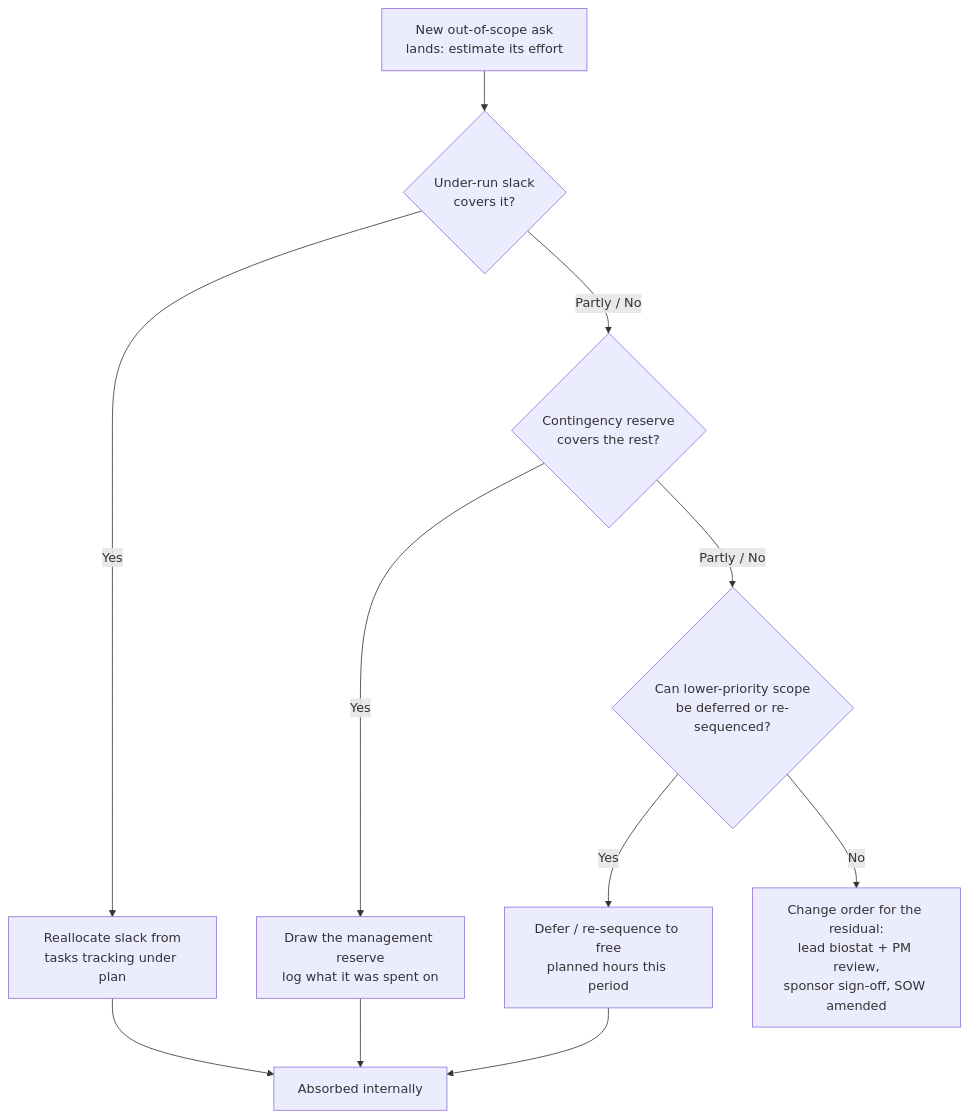
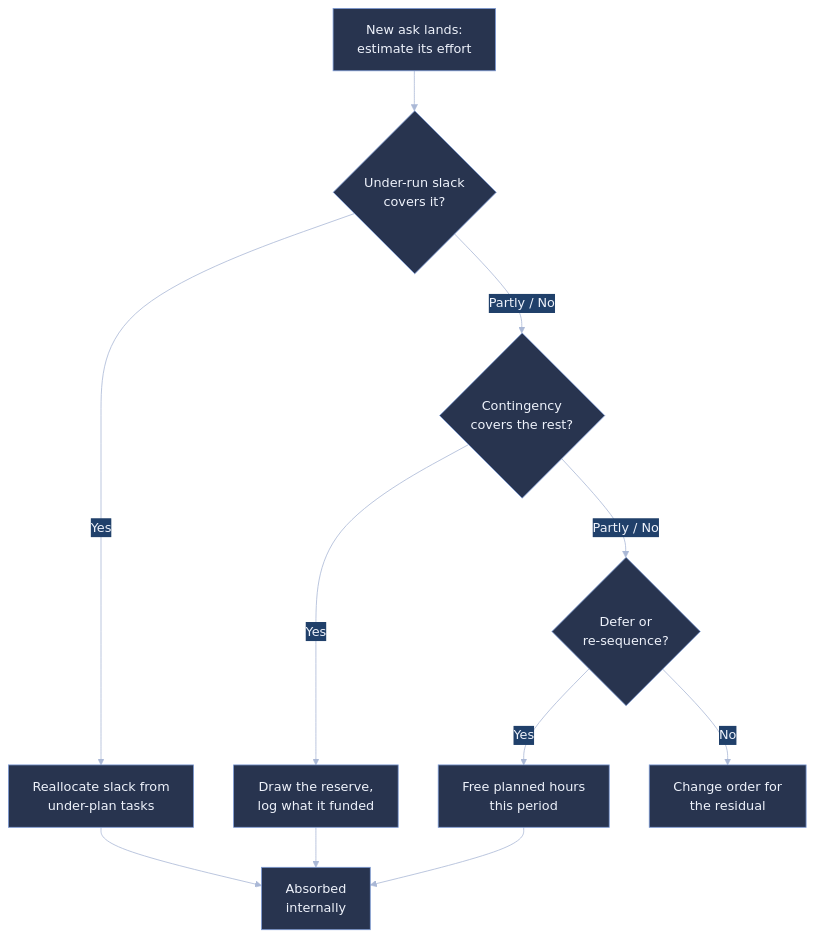
The first of 2 diagrams in budget_reconciliation/quarto/hours-guide.qmd (patrickiben/biometrics-ai-portfolio), drawn with Mermaid before and after one commit. The commit also changed other lines of this file and 45 other files, not shown here.

````diff
--- a/budget_reconciliation/quarto/hours-guide.qmd
+++ b/budget_reconciliation/quarto/hours-guide.qmd
@@ -47,13 +55,14 @@
 ```{mermaid}
+%%{init: {'theme':'base','themeVariables':{'primaryColor':'#28344f','primaryTextColor':'#eef2fb','primaryBorderColor':'#7d9bd6','lineColor':'#aab8d6','clusterBkg':'#161d33','clusterBorder':'#3a476a','tertiaryColor':'#20406a','tertiaryTextColor':'#eef2fb','tertiaryBorderColor':'#7d9bd6','secondaryColor':'#20406a','secondaryTextColor':'#eef2fb'}}}%%
 flowchart TD
-  ASK[New out-of-scope ask<br/>lands: estimate its effort] --> SLACK{Under-run slack<br/>covers it?}
-  SLACK -->|Yes| REALLOC[Reallocate slack from<br/>tasks tracking under plan]
-  SLACK -->|Partly / No| CONT{Contingency reserve<br/>covers the rest?}
-  CONT -->|Yes| DRAW[Draw the management reserve<br/>log what it was spent on]
-  CONT -->|Partly / No| DEFER{Can lower-priority scope<br/>be deferred or re-sequenced?}
-  DEFER -->|Yes| RESEQ[Defer / re-sequence to free<br/>planned hours this period]
-  DEFER -->|No| CO[Change order for the residual:<br/>lead biostat + PM review,<br/>sponsor sign-off, SOW amended]
-  REALLOC --> ABS[Absorbed internally]
+  ASK["New ask lands:<br/>estimate its effort"] --> SLACK{"Under-run slack<br/>covers it?"}
+  SLACK -->|Yes| REALLOC["Reallocate slack from<br/>under-plan tasks"]
+  SLACK -->|Partly / No| CONT{"Contingency<br/>covers the rest?"}
+  CONT -->|Yes| DRAW["Draw the reserve,<br/>log what it funded"]
+  CONT -->|Partly / No| DEFER{"Defer or<br/>re-sequence?"}
+  DEFER -->|Yes| RESEQ["Free planned hours<br/>this period"]
+  DEFER -->|No| CO["Change order for<br/>the residual"]
+  REALLOC --> ABS["Absorbed<br/>internally"]
   DRAW --> ABS
   RESEQ --> ABS
 ```
````
